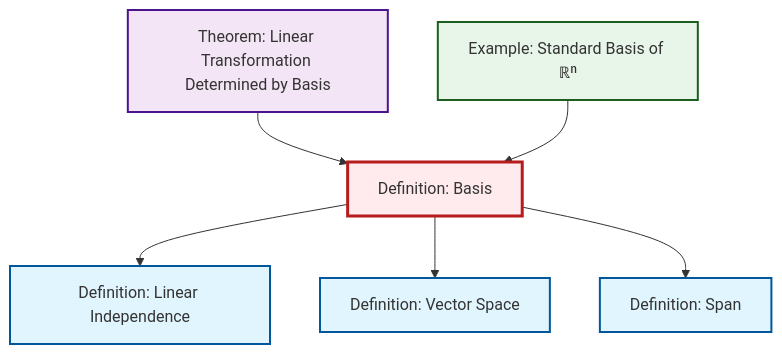
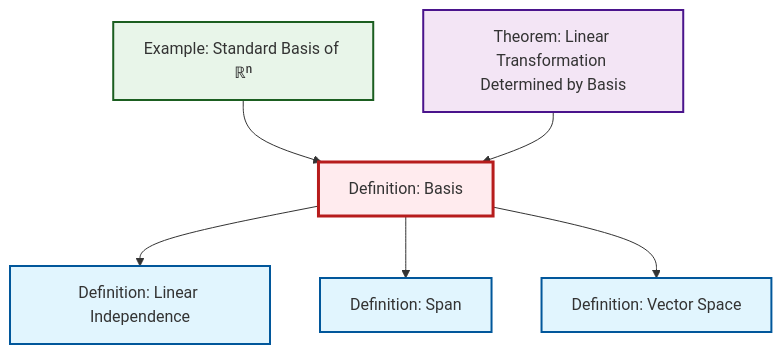
The diagram in content/ja/algebra/def-basis.qmd (RK0429/ModernMath), drawn with Mermaid before and after one commit. The commit also changed other lines of this file and 530 other files, not shown here.

````diff
--- a/content/ja/algebra/def-basis.qmd
+++ b/content/ja/algebra/def-basis.qmd
@@ -56,26 +56,26 @@
 ```{mermaid}
 %%| fig-cap: "Local dependency graph"
 graph TD
     classDef definition fill:#e1f5fe,stroke:#01579b,stroke-width:2px
     classDef theorem fill:#f3e5f5,stroke:#4a148c,stroke-width:2px
     classDef axiom fill:#fff3e0,stroke:#e65100,stroke-width:2px
     classDef example fill:#e8f5e9,stroke:#1b5e20,stroke-width:2px
     classDef current fill:#ffebee,stroke:#b71c1c,stroke-width:3px
+    ex-standard-basis-rn["Example: Standard Basis of ℝⁿ"]:::example
+    def-basis["Definition: Basis"]:::definition
+    thm-linear-transformation-basis["Theorem: Linear Transformation Determined by Basis"]:::theorem
+    def-linear-independence["Definition: Linear Independence"]:::definition
+    def-span["Definition: Span"]:::definition
     def-vector-space["Definition: Vector Space"]:::definition
-    def-span["Definition: Span"]:::definition
-    def-linear-independence["Definition: Linear Independence"]:::definition
-    ex-standard-basis-rn["Example: Standard Basis of ℝⁿ"]:::example
-    thm-linear-transformation-basis["Theorem: Linear Transformation Determined by Basis"]:::theorem
-    def-basis["Definition: Basis"]:::definition
+    ex-standard-basis-rn --> def-basis
+    def-basis --> def-linear-independence
+    def-basis --> def-span
+    def-basis --> def-vector-space
     thm-linear-transformation-basis --> def-basis
-    def-basis --> def-linear-independence
-    def-basis --> def-vector-space
-    def-basis --> def-span
-    ex-standard-basis-rn --> def-basis
     class def-basis current
-    click def-vector-space "def-vector-space.html" "Definition: Vector Spaceへ"
-    click def-span "def-span.html" "Definition: Spanへ"
-    click def-linear-independence "def-linear-independence.html" "Definition: Linear Independenceへ"
     click ex-standard-basis-rn "ex-standard-basis-rn.html" "Example: Standard Basis of ℝⁿへ"
     click thm-linear-transformation-basis "thm-linear-transformation-basis.html" "Theorem: Linear Transformation Determined by Basisへ"
+    click def-linear-independence "def-linear-independence.html" "Definition: Linear Independenceへ"
+    click def-span "def-span.html" "Definition: Spanへ"
+    click def-vector-space "def-vector-space.html" "Definition: Vector Spaceへ"
 ```
````
